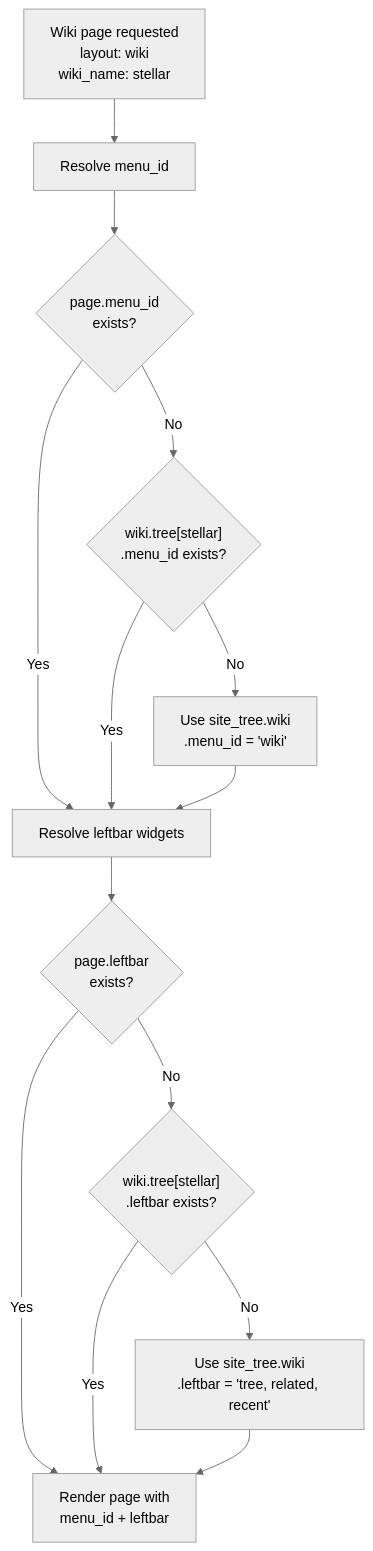
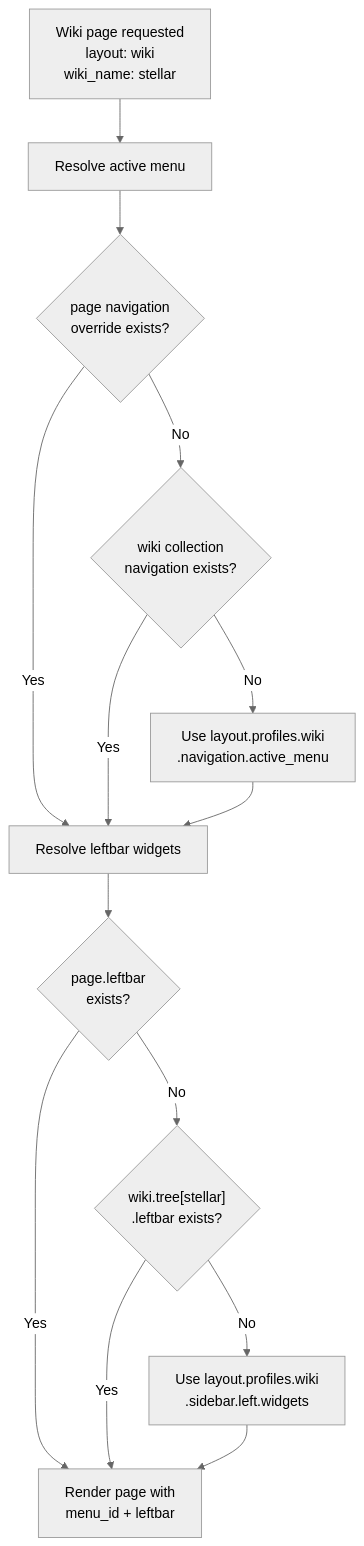
One commit to xaoxuu/hexo-theme-stellar changed the fourth of 4 diagrams in docs/knowledge/00-总览与安装配置/configuration.md. Above: the diagram before and after it, drawn with Mermaid (neutral theme). The commit also changed other lines of this file and 60 other files, not shown here.

````diff
--- a/docs/knowledge/00-总览与安装配置/configuration.md
+++ b/docs/knowledge/00-总览与安装配置/configuration.md
@@ -657,31 +601,31 @@
 ```mermaid
 flowchart TD
     START["Wiki page requested<br/>layout: wiki<br/>wiki_name: stellar"]
     
-    CHECK_MENU["Resolve menu_id"]
-    PAGE_MENU{"page.menu_id<br/>exists?"}
-    PROJ_MENU{"wiki.tree[stellar]<br/>.menu_id exists?"}
-    LAYOUT_MENU["Use site_tree.wiki<br/>.menu_id = 'wiki'"]
+    CHECK_MENU["Resolve active menu"]
+    PAGE_MENU{"page navigation<br/>override exists?"}
+    PROJ_MENU{"wiki collection<br/>navigation exists?"}
+    LAYOUT_MENU["Use layout.profiles.wiki<br/>.navigation.active_menu"]
     
     CHECK_SIDEBAR["Resolve leftbar widgets"]
     PAGE_LB{"page.leftbar<br/>exists?"}
     PROJ_LB{"wiki.tree[stellar]<br/>.leftbar exists?"}
-    LAYOUT_LB["Use site_tree.wiki<br/>.leftbar = 'tree, related, recent'"]
+    LAYOUT_LB["Use layout.profiles.wiki<br/>.sidebar.left.widgets"]
     
     RENDER["Render page with<br/>menu_id + leftbar"]
     
     START --> CHECK_MENU
     CHECK_MENU --> PAGE_MENU
     PAGE_MENU -->|"Yes"| CHECK_SIDEBAR
     PAGE_MENU -->|"No"| PROJ_MENU
     PROJ_MENU -->|"Yes"| CHECK_SIDEBAR
     PROJ_MENU -->|"No"| LAYOUT_MENU
     LAYOUT_MENU --> CHECK_SIDEBAR
     
     CHECK_SIDEBAR --> PAGE_LB
     PAGE_LB -->|"Yes"| RENDER
     PAGE_LB -->|"No"| PROJ_LB
     PROJ_LB -->|"Yes"| RENDER
     PROJ_LB -->|"No"| LAYOUT_LB
     LAYOUT_LB --> RENDER
 ```
````
